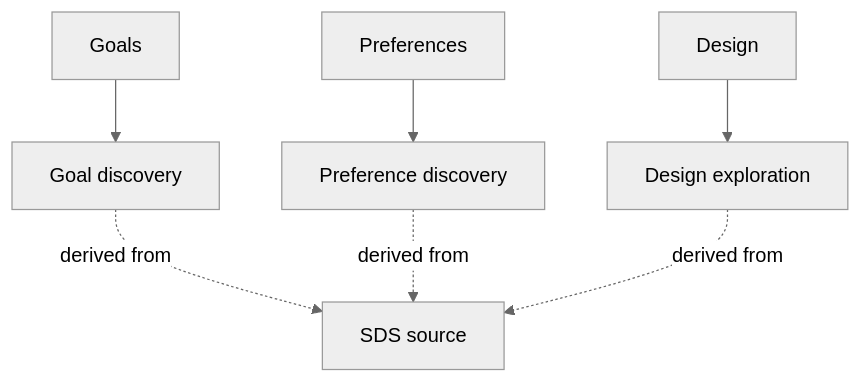
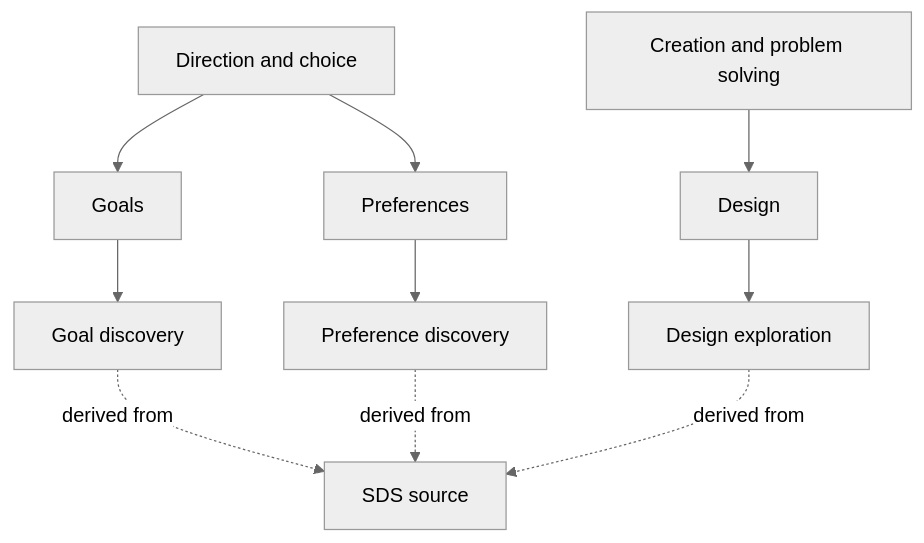
Before and after one commit to benjam3n/subjectsystems: the diagram in ARCHITECTURE.md, drawn with Mermaid (neutral theme). The commit also changed other lines of this file and 149 other files, not shown here.

````diff
--- a/ARCHITECTURE.md
+++ b/ARCHITECTURE.md
@@ -7,9 +7,12 @@
 ```mermaid
 flowchart TD
-    G["Goals"] --> GS["Goal discovery"]
-    P["Preferences"] --> PS["Preference discovery"]
-    D["Design"] --> DS["Design exploration"]
+    DC["Direction and choice"] --> G["Goals"]
+    DC --> P["Preferences"]
+    CP["Creation and problem solving"] --> D["Design"]
+    G --> GS["Goal discovery"]
+    P --> PS["Preference discovery"]
+    D --> DS["Design exploration"]
     GS -.->|derived from| S["SDS source"]
     PS -.->|derived from| S
     DS -.->|derived from| S
 ```
````
